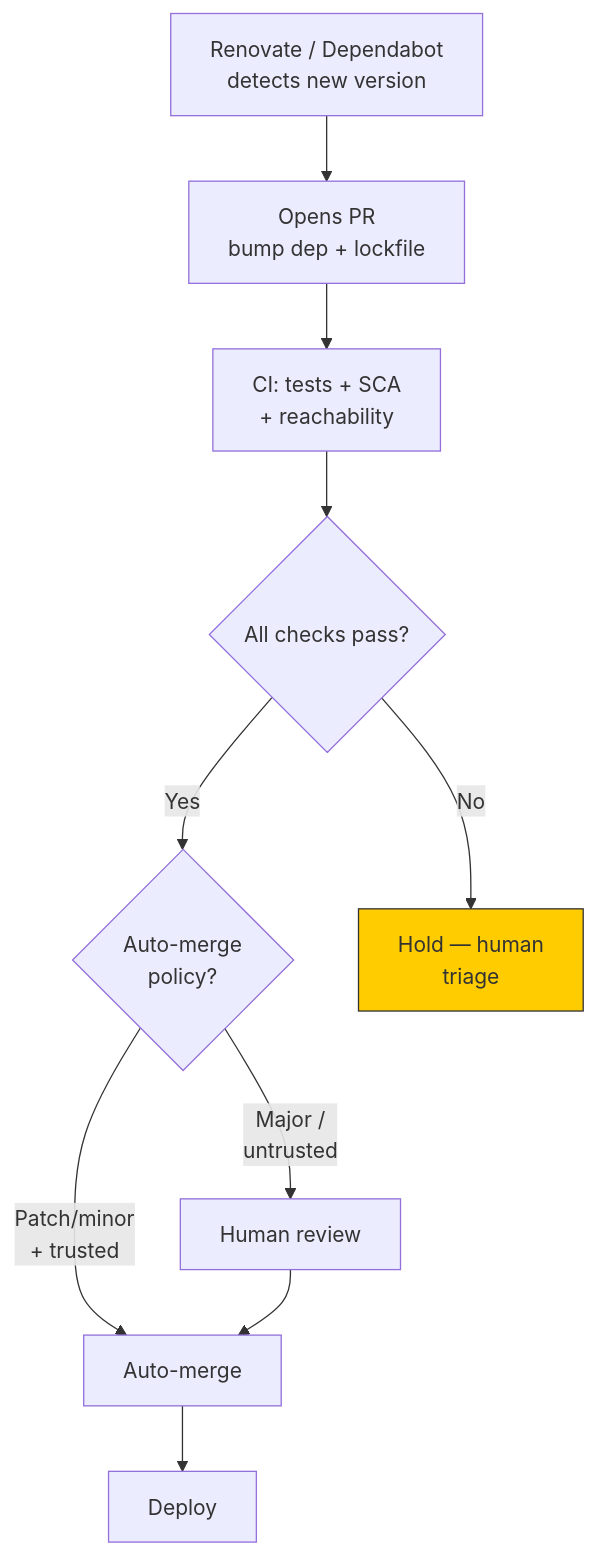
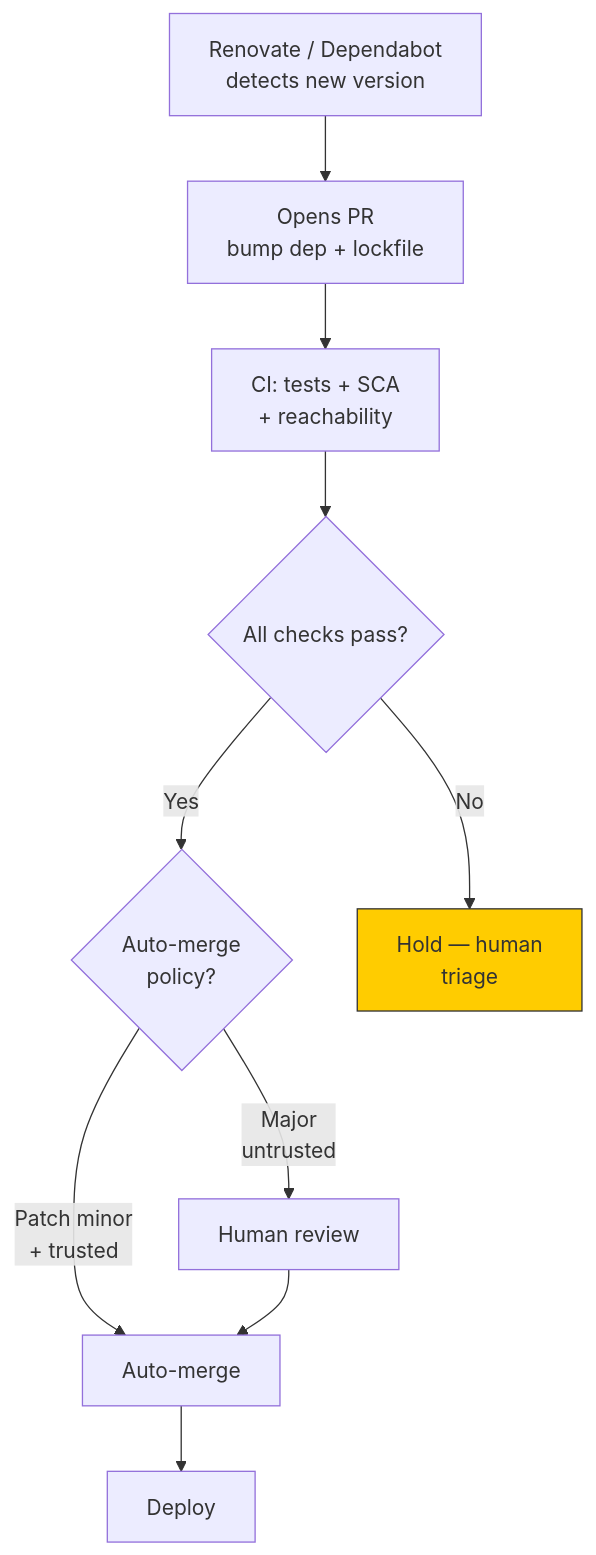
The sixth of 7 diagrams in book-02-dependencies/ch09-update-automation.md (bumbsclaw/textbooks), drawn with Mermaid before and after one commit. The commit also changed other lines of this file and 173 other files, not shown here.

First line of the commit message:
fix(mermaid): close note brackets, semicolons in Notes, stateDiagram br -> dash, edge parens

````diff
--- a/book-02-dependencies/ch09-update-automation.md
+++ b/book-02-dependencies/ch09-update-automation.md
@@ -752,13 +752,13 @@
 ```mermaid
 flowchart TD
     BOT["Renovate / Dependabot<br/>detects new version"] --> PR["Opens PR<br/>bump dep + lockfile"]
     PR --> CI["CI: tests + SCA<br/>+ reachability"]
     CI --> PASS{"All checks pass?"}
     PASS -->|Yes| AUTO{"Auto-merge<br/>policy?"}
     PASS -->|No| HOLD["Hold — human<br/>triage"]
-    AUTO -->|Patch/minor<br/>+ trusted| MERGE["Auto-merge"]
-    AUTO -->|Major /<br/>untrusted| REVIEW["Human review"]
+    AUTO -->|Patch minor<br >+ trusted| MERGE["Auto-merge"]
+    AUTO -->|Major <br >untrusted| REVIEW["Human review"]
     MERGE --> DEPLOY["Deploy"]
     REVIEW --> MERGE
     style HOLD fill:#ffcc00,stroke:#333
 ```
````
